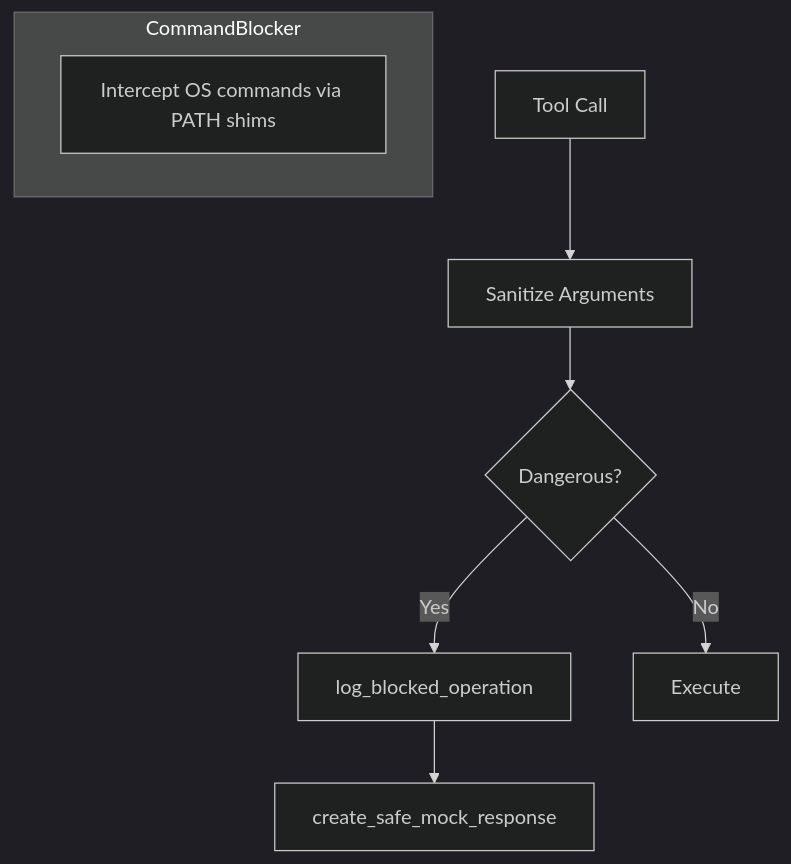
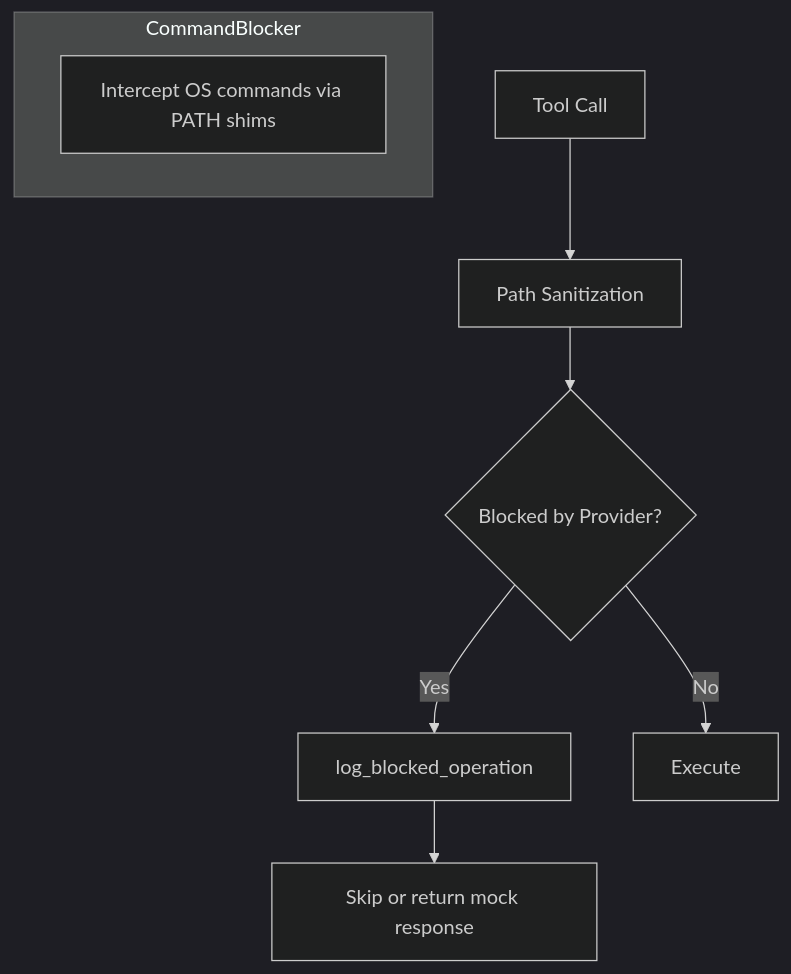
One commit to Agent-Hellboy/mcp-server-fuzzer changed the third of 8 diagrams in docs/architecture/architecture.md. Above: the diagram before and after it, drawn with Mermaid (dark theme). The commit also changed other lines of this file and 19 other files, not shown here.

````diff
--- a/docs/architecture/architecture.md
+++ b/docs/architecture/architecture.md
@@ -134,12 +134,12 @@
 ```mermaid
 graph TD
-    A[Tool Call] --> B[Sanitize Arguments]
-    B --> C{Dangerous?}
+    A[Tool Call] --> B[Path Sanitization]
+    B --> C{Blocked by Provider?}
     C -->|Yes| D[log_blocked_operation]
-    D --> E[create_safe_mock_response]
+    D --> E[Skip or return mock response]
     C -->|No| F[Execute]
 
     subgraph CommandBlocker
         G[Intercept OS commands via PATH shims]
     end
 ```
````
